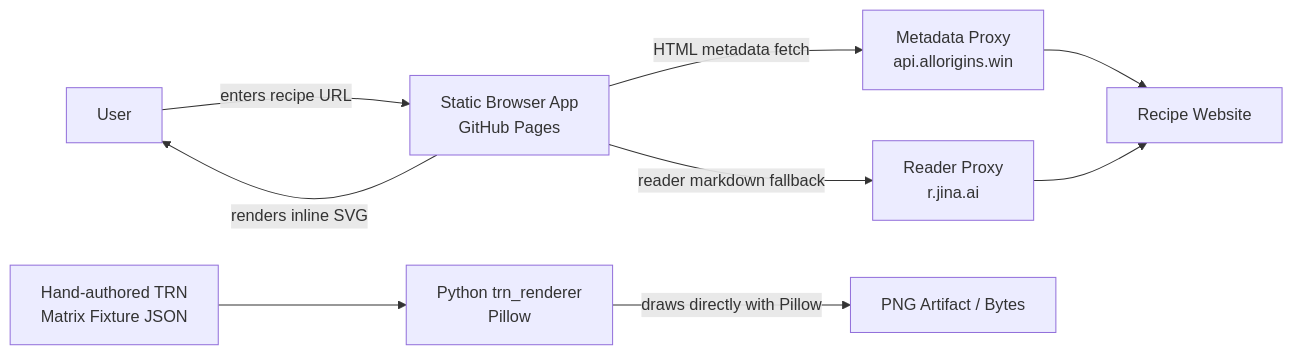
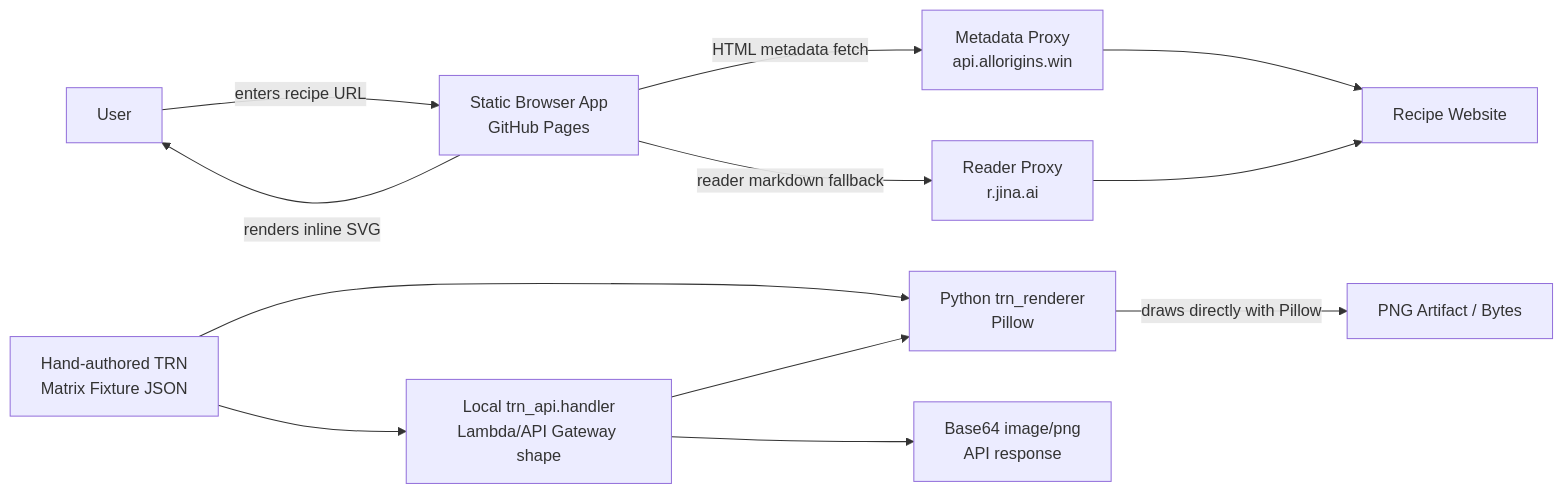
One commit to c2technology/prototype-tabular-recipe-notation changed the first of 6 diagrams in docs/architecture.md. Above: the diagram before and after it, drawn with Mermaid. The commit also changed other lines of this file and 10 other files, not shown here.

Commit message:
feat: add local trn api handler

````diff
--- a/docs/architecture.md
+++ b/docs/architecture.md
@@ -29,21 +30,26 @@
 ```mermaid
 flowchart LR
   User[User]
   Browser[Static Browser App\nGitHub Pages]
   MetadataProxy[Metadata Proxy\napi.allorigins.win]
   ReaderProxy[Reader Proxy\nr.jina.ai]
   RecipeSite[Recipe Website]
   Fixture[Hand-authored TRN\nMatrix Fixture JSON]
   PyRenderer[Python trn_renderer\nPillow]
+  ApiHandler[Local trn_api.handler\nLambda/API Gateway shape]
+  ApiResponse[Base64 image/png\nAPI response]
   Png[PNG Artifact / Bytes]
 
   User -->|enters recipe URL| Browser
   Browser -->|HTML metadata fetch| MetadataProxy
   MetadataProxy --> RecipeSite
   Browser -->|reader markdown fallback| ReaderProxy
   ReaderProxy --> RecipeSite
   Browser -->|renders inline SVG| User
 
   Fixture --> PyRenderer
   PyRenderer -->|draws directly with Pillow| Png
+  Fixture --> ApiHandler
+  ApiHandler --> PyRenderer
+  ApiHandler --> ApiResponse
 ```
````
